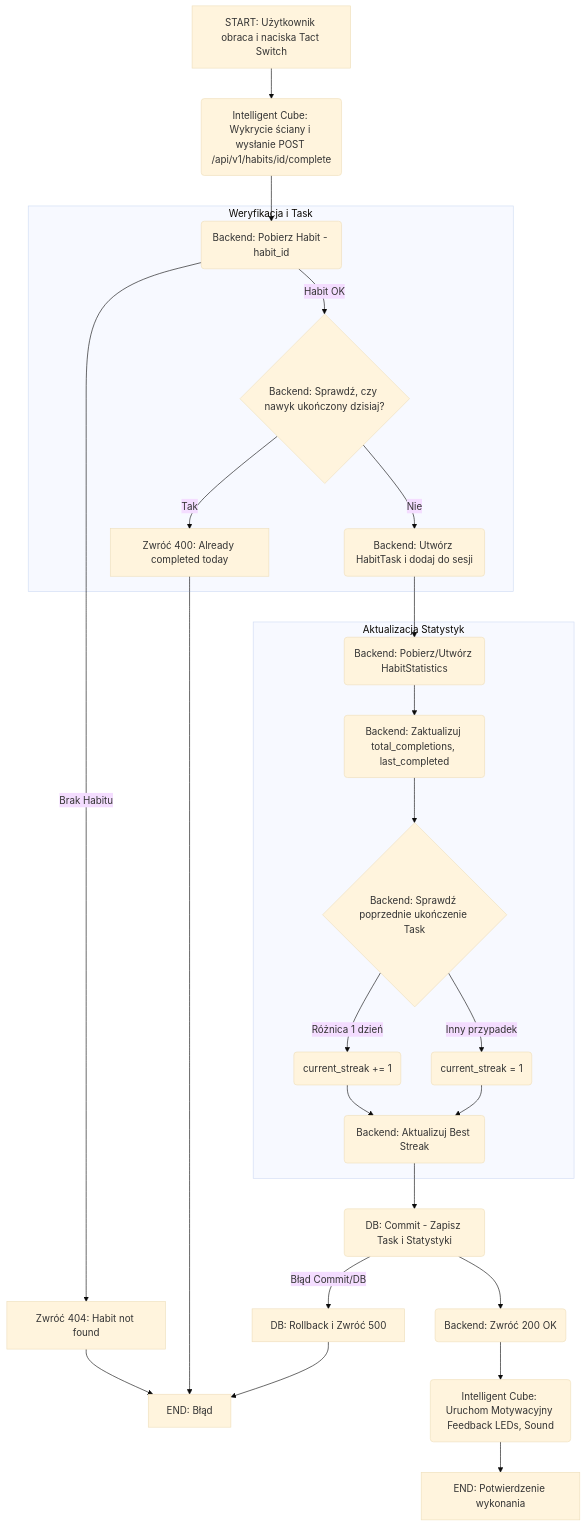
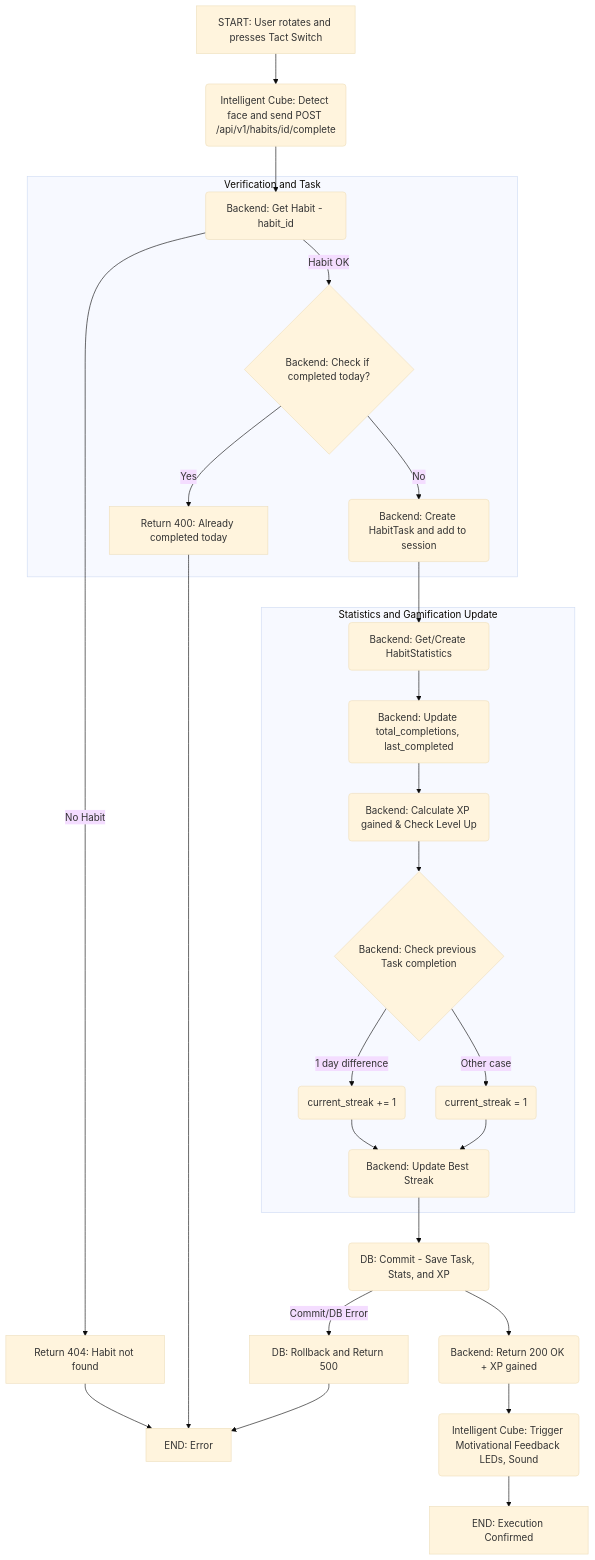
The second of 3 diagrams in README.md (kurs0n/HabCube), drawn with Mermaid (base theme) before and after one commit. The commit also changed other lines of this file, not shown here.

````diff
--- a/README.md
+++ b/README.md
@@ -270,33 +274,37 @@
 ```mermaid
 graph TD
-    A[START: Użytkownik obraca i naciska Tact Switch] --> B(Intelligent Cube: Wykrycie ściany i wysłanie POST /api/v1/habits/id/complete);
-    B --> C(Backend: Pobierz Habit - habit_id);
-    C -- Brak Habitu --> Z404[Zwróć 404: Habit not found];
+    A[START: User rotates and presses Tact Switch] --> B(Intelligent Cube: Detect face and send POST /api/v1/habits/id/complete);
+    B --> C(Backend: Get Habit - habit_id);
+    C -- No Habit --> Z404[Return 404: Habit not found];
 
-    subgraph Weryfikacja i Task
-        C -- Habit OK --> D{Backend: Sprawdź, czy nawyk ukończony dzisiaj?};
-        D -- Tak --> Z400[Zwróć 400: Already completed today];
-        D -- Nie --> E(Backend: Utwórz HabitTask i dodaj do sesji);
+    subgraph Verification and Task
+        C -- Habit OK --> D{Backend: Check if completed today?};
+        D -- Yes --> Z400[Return 400: Already completed today];
+        D -- No --> E(Backend: Create HabitTask and add to session);
     end
 
-    subgraph Aktualizacja Statystyk
-        E --> F(Backend: Pobierz/Utwórz HabitStatistics);
-        F --> G(Backend: Zaktualizuj total_completions, last_completed);
-        G --> H{Backend: Sprawdź poprzednie ukończenie Task};
-        H -- Różnica 1 dzień --> I(current_streak += 1);
-        H -- Inny przypadek --> J(current_streak = 1);
-        I --> K(Backend: Aktualizuj Best Streak);
+    subgraph Statistics and Gamification Update
+        E --> F(Backend: Get/Create HabitStatistics);
+        F --> G(Backend: Update total_completions, last_completed);
+        
+        %% NEW FUNCTIONALITY: Gamification
+        G --> G1(Backend: Calculate XP gained & Check Level Up);
+        
+        G1 --> H{Backend: Check previous Task completion};
+        H -- 1 day difference --> I(current_streak += 1);
+        H -- Other case --> J(current_streak = 1);
+        I --> K(Backend: Update Best Streak);
         J --> K;
     end
 
-    K --> L(DB: Commit - Zapisz Task i Statystyki);
-    L -- Błąd Commit/DB --> Z500[DB: Rollback i Zwróć 500];
+    K --> L(DB: Commit - Save Task, Stats, and XP);
+    L -- Commit/DB Error --> Z500[DB: Rollback and Return 500];
 
-    L --> M(Backend: Zwróć 200 OK);
-    M --> N(Intelligent Cube: Uruchom Motywacyjny Feedback LEDs, Sound);
-    N --> O[END: Potwierdzenie wykonania];
+    L --> M(Backend: Return 200 OK + XP gained);
+    M --> N(Intelligent Cube: Trigger Motivational Feedback LEDs, Sound);
+    N --> O[END: Execution Confirmed];
 
-    Z404 --> ZK[END: Błąd];
+    Z404 --> ZK[END: Error];
     Z400 --> ZK;
     Z500 --> ZK;
 ```
````
